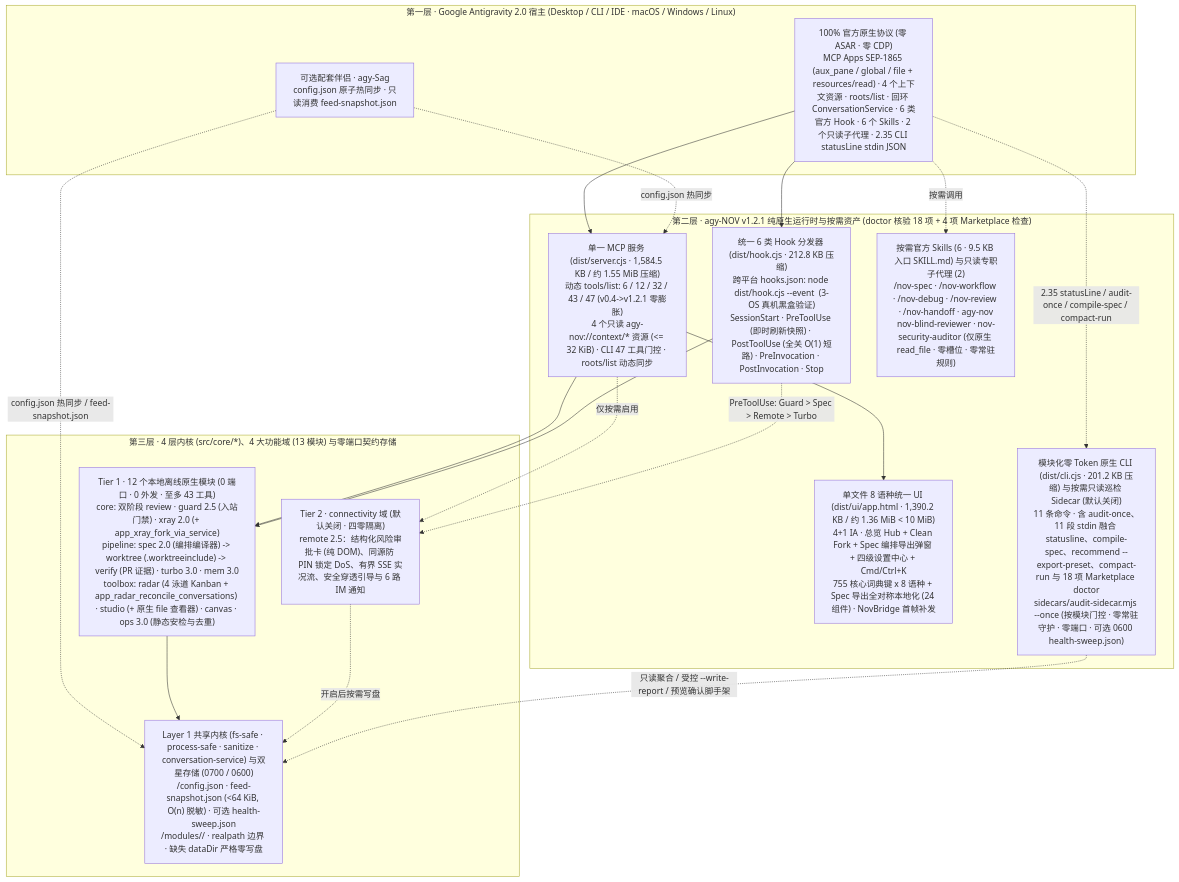
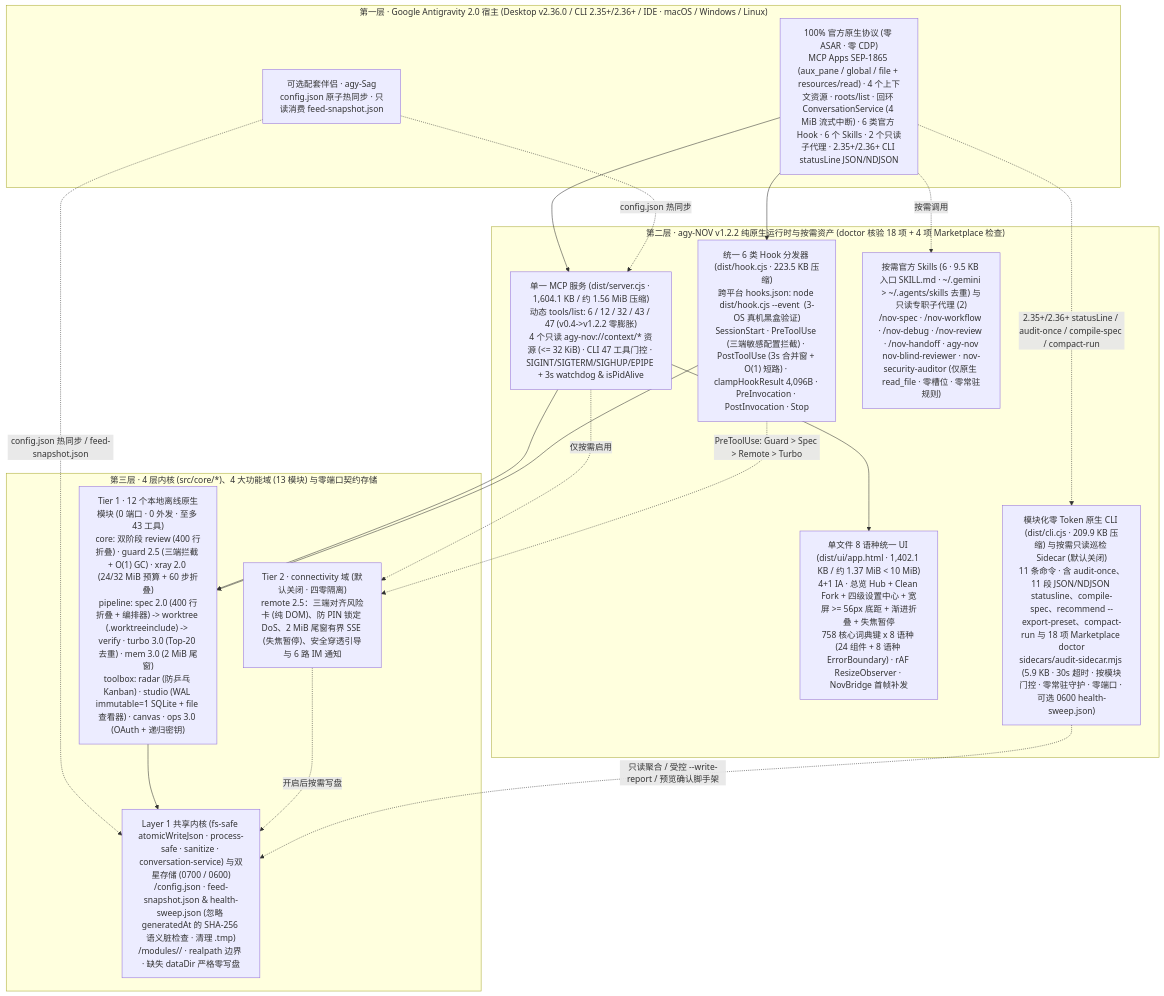
One commit to tone-leh/agy-NOV changed the diagram in docs/i18n/README.zh-CN.md. Above: the diagram before and after it, drawn with Mermaid. The commit also changed other lines of this file and 96 other files, not shown here.

Commit message:
feat(v1.2.2): extreme-load stability hardening, write-storm suppression & Antigravity v2.36.0 compatibility

````diff
--- a/docs/i18n/README.zh-CN.md
+++ b/docs/i18n/README.zh-CN.md
@@ -286,36 +299,36 @@
 ```mermaid
 flowchart TB
-  subgraph L1["第一层 · Google Antigravity 2.0 宿主 (Desktop / CLI / IDE · macOS / Windows / Linux)"]
-    Host["100% 官方原生协议 (零 ASAR · 零 CDP)\nMCP Apps SEP-1865 (aux_pane / global / file + resources/read) · 4 个上下文资源 · roots/list · 回环 ConversationService · 6 类官方 Hook · 6 个 Skills · 2 个只读子代理 · 2.35 CLI statusLine stdin JSON"]
+  subgraph L1["第一层 · Google Antigravity 2.0 宿主 (Desktop v2.36.0 / CLI 2.35+/2.36+ / IDE · macOS / Windows / Linux)"]
+    Host["100% 官方原生协议 (零 ASAR · 零 CDP)\nMCP Apps SEP-1865 (aux_pane / global / file + resources/read) · 4 个上下文资源 · roots/list · 回环 ConversationService (4 MiB 流式中断) · 6 类官方 Hook · 6 个 Skills · 2 个只读子代理 · 2.35+/2.36+ CLI statusLine JSON/NDJSON"]
     Sag["可选配套伴侣 · agy-Sag\nconfig.json 原子热同步 · 只读消费 feed-snapshot.json"]
   end
 
-  subgraph L2["第二层 · agy-NOV v1.2.1 纯原生运行时与按需资产 (doctor 核验 18 项 + 4 项 Marketplace 检查)"]
-    MCP["单一 MCP 服务 (dist/server.cjs · 1,584.5 KB / 约 1.55 MiB 压缩)\n动态 tools/list: 6 / 12 / 32 / 43 / 47 (v0.4->v1.2.1 零膨胀)\n4 个只读 agy-nov://context/* 资源 (<= 32 KiB) · CLI 47 工具门控 · roots/list 动态同步"]
-    Hook["统一 6 类 Hook 分发器 (dist/hook.cjs · 212.8 KB 压缩)\n跨平台 hooks.json: node dist/hook.cjs --event <Event> (3-OS 真机黑盒验证)\nSessionStart · PreToolUse (即时刷新快照) · PostToolUse (全关 O(1) 短路) · PreInvocation · PostInvocation · Stop"]
-    UI["单文件 8 语种统一 UI (dist/ui/app.html · 1,390.2 KB / 约 1.36 MiB < 10 MiB)\n4+1 IA · 总览 Hub + Clean Fork + Spec 编排导出弹窗 + 四级设置中心 + Cmd/Ctrl+K\n755 核心词典键 x 8 语种 + Spec 导出全对称本地化 (24 组件) · NovBridge 首帧补发"]
-    Playbooks["按需官方 Skills (6 · 9.5 KB 入口 SKILL.md) 与只读专职子代理 (2)\n/nov-spec · /nov-workflow · /nov-debug · /nov-review · /nov-handoff · agy-nov\nnov-blind-reviewer · nov-security-auditor (仅原生 read_file · 零槽位 · 零常驻规则)"]
-    CLI["模块化零 Token 原生 CLI (dist/cli.cjs · 201.2 KB 压缩) 与按需只读巡检 Sidecar (默认关闭)\n11 条命令 · 含 audit-once、11 段 stdin 融合 statusline、compile-spec、recommend --export-preset、compact-run 与 18 项 Marketplace doctor\nsidecars/audit-sidecar.mjs --once (按模块门控 · 零常驻守护 · 零端口 · 可选 0600 health-sweep.json)"]
+  subgraph L2["第二层 · agy-NOV v1.2.2 纯原生运行时与按需资产 (doctor 核验 18 项 + 4 项 Marketplace 检查)"]
+    MCP["单一 MCP 服务 (dist/server.cjs · 1,604.1 KB / 约 1.56 MiB 压缩)\n动态 tools/list: 6 / 12 / 32 / 43 / 47 (v0.4->v1.2.2 零膨胀)\n4 个只读 agy-nov://context/* 资源 (<= 32 KiB) · CLI 47 工具门控 · SIGINT/SIGTERM/SIGHUP/EPIPE + 3s watchdog & isPidAlive"]
+    Hook["统一 6 类 Hook 分发器 (dist/hook.cjs · 223.5 KB 压缩)\n跨平台 hooks.json: node dist/hook.cjs --event <Event> (3-OS 真机黑盒验证)\nSessionStart · PreToolUse (三端敏感配置拦截) · PostToolUse (3s 合并窗 + O(1) 短路) · clampHookResult 4,096B · PreInvocation · PostInvocation · Stop"]
+    UI["单文件 8 语种统一 UI (dist/ui/app.html · 1,402.1 KB / 约 1.37 MiB < 10 MiB)\n4+1 IA · 总览 Hub + Clean Fork + 四级设置中心 + 宽屏 >= 56px 底距 + 渐进折叠 + 失焦暂停\n758 核心词典键 x 8 语种 (24 组件 + 8 语种 ErrorBoundary) · rAF ResizeObserver · NovBridge 首帧补发"]
+    Playbooks["按需官方 Skills (6 · 9.5 KB 入口 SKILL.md · ~/.gemini > ~/.agents/skills 去重) 与只读专职子代理 (2)\n/nov-spec · /nov-workflow · /nov-debug · /nov-review · /nov-handoff · agy-nov\nnov-blind-reviewer · nov-security-auditor (仅原生 read_file · 零槽位 · 零常驻规则)"]
+    CLI["模块化零 Token 原生 CLI (dist/cli.cjs · 209.9 KB 压缩) 与按需只读巡检 Sidecar (默认关闭)\n11 条命令 · 含 audit-once、11 段 JSON/NDJSON statusline、compile-spec、recommend --export-preset、compact-run 与 18 项 Marketplace doctor\nsidecars/audit-sidecar.mjs (5.9 KB · 30s 超时 · 按模块门控 · 零常驻守护 · 零端口 · 可选 0600 health-sweep.json)"]
   end
 
   subgraph L3["第三层 · 4 层内核 (src/core/*)、4 大功能域 (13 模块) 与零端口契约存储"]
-    T1["Tier 1 · 12 个本地离线原生模块 (0 端口 · 0 外发 · 至多 43 工具)\ncore: 双阶段 review · guard 2.5 (入站门禁) · xray 2.0 (+ app_xray_fork_via_service)\npipeline: spec 2.0 (编排编译器) -> worktree (.worktreeinclude) -> verify (PR 证据) · turbo 3.0 · mem 3.0\ntoolbox: radar (4 泳道 Kanban + app_radar_reconcile_conversations) · studio (+ 原生 file 查看器) · canvas · ops 3.0 (静态安检与去重)"]
-    T2R["Tier 2 · connectivity 域 (默认关闭 · 四零隔离)\nremote 2.5：结构化风险审批卡 (纯 DOM)、同源防 PIN 锁定 DoS、有界 SSE 实况流、安全穿透引导与 6 路 IM 通知"]
-    Store["Layer 1 共享内核 (fs-safe · process-safe · sanitize · conversation-service) 与双星存储 (0700 / 0600)\n<dataDir>/config.json · feed-snapshot.json (<64 KiB, O(n) 脱敏) · 可选 health-sweep.json\n<dataDir>/modules/<id>/ · realpath 边界 · 缺失 dataDir 严格零写盘"]
+    T1["Tier 1 · 12 个本地离线原生模块 (0 端口 · 0 外发 · 至多 43 工具)\ncore: 双阶段 review (400 行折叠) · guard 2.5 (三端拦截 + O(1) GC) · xray 2.0 (24/32 MiB 预算 + 60 步折叠)\npipeline: spec 2.0 (400 行折叠 + 编排器) -> worktree (.worktreeinclude) -> verify · turbo 3.0 (Top-20 去重) · mem 3.0 (2 MiB 尾窗)\ntoolbox: radar (防乒乓 Kanban) · studio (WAL immutable=1 SQLite + file 查看器) · canvas · ops 3.0 (OAuth + 递归密钥)"]
+    T2R["Tier 2 · connectivity 域 (默认关闭 · 四零隔离)\nremote 2.5：三端对齐风险卡 (纯 DOM)、防 PIN 锁定 DoS、2 MiB 尾窗有界 SSE (失焦暂停)、安全穿透引导与 6 路 IM 通知"]
+    Store["Layer 1 共享内核 (fs-safe atomicWriteJson · process-safe · sanitize · conversation-service) 与双星存储 (0700 / 0600)\n<dataDir>/config.json · feed-snapshot.json & health-sweep.json (忽略 generatedAt 的 SHA-256 语义脏检查 · 清理 .tmp)\n<dataDir>/modules/<id>/ · realpath 边界 · 缺失 dataDir 严格零写盘"]
   end
 
   Host --> MCP
   Host --> Hook
   Host -. "按需调用" .-> Playbooks
-  Host -. "2.35 statusLine / audit-once / compile-spec / compact-run" .-> CLI
+  Host -. "2.35+/2.36+ statusLine / audit-once / compile-spec / compact-run" .-> CLI
   Sag -. "config.json 热同步 / feed-snapshot.json" .-> Store
   Sag -. "config.json 热同步" .-> MCP
   MCP --> UI
   MCP --> T1
   MCP -. "仅按需启用" .-> T2R
   Hook --> T1
   Hook -. "PreToolUse: Guard > Spec > Remote > Turbo" .-> T2R
   T1 --> Store
   T2R -. "开启后按需写盘" .-> Store
   CLI -. "只读聚合 / 受控 --write-report / 预览确认脚手架" .-> Store
 ```
````
